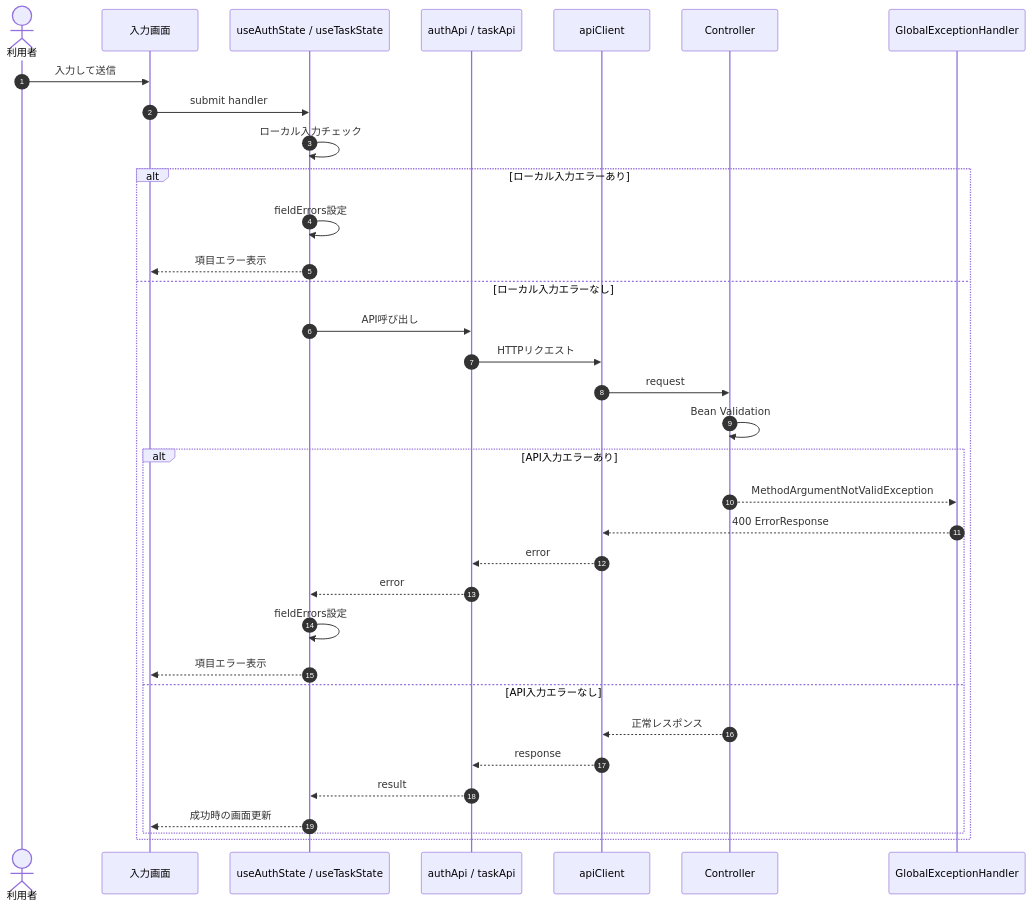
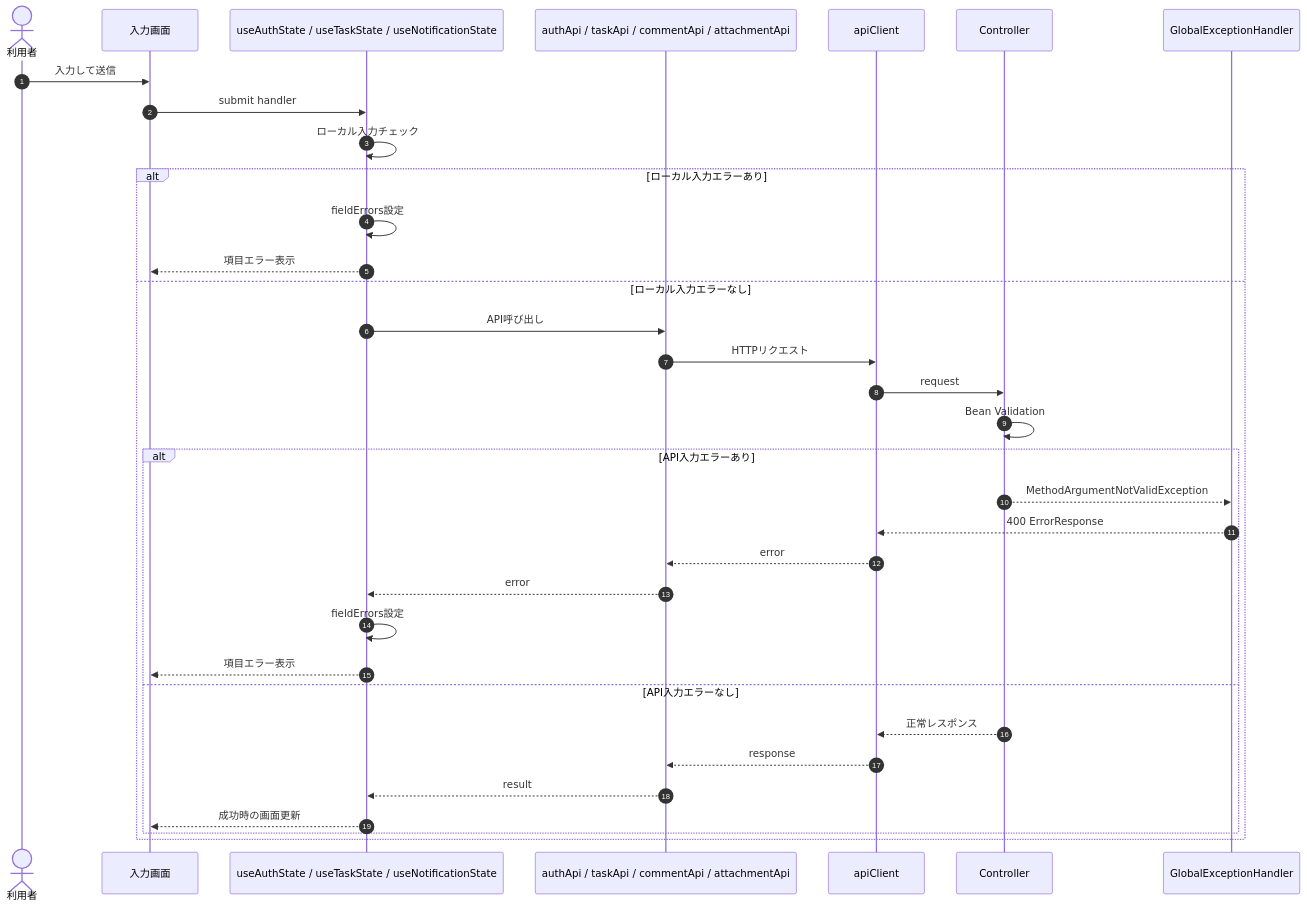
One commit to kitune-udon/task-manager-app changed diagram 21 of 21 in docs/01_設計/09_シーケンス図設計書.md. Above: the diagram before and after it, drawn with Mermaid. The commit also changed other lines of this file and 10 other files, not shown here.

````diff
--- a/docs/01_設計/09_シーケンス図設計書.md
+++ b/docs/01_設計/09_シーケンス図設計書.md
@@ -703,37 +1352,37 @@
 ```mermaid
 sequenceDiagram
     autonumber
     actor User as 利用者
     participant Screen as 入力画面
-    participant State as useAuthState / useTaskState
-    participant Api as authApi / taskApi
+    participant State as useAuthState / useTaskState / useNotificationState
+    participant Api as authApi / taskApi / commentApi / attachmentApi
     participant ApiClient as apiClient
     participant Controller as Controller
     participant ExceptionHandler as GlobalExceptionHandler
 
     User->>Screen: 入力して送信
     Screen->>State: submit handler
     State->>State: ローカル入力チェック
     alt ローカル入力エラーあり
         State->>State: fieldErrors設定
         State-->>Screen: 項目エラー表示
     else ローカル入力エラーなし
         State->>Api: API呼び出し
         Api->>ApiClient: HTTPリクエスト
         ApiClient->>Controller: request
         Controller->>Controller: Bean Validation
         alt API入力エラーあり
             Controller-->>ExceptionHandler: MethodArgumentNotValidException
             ExceptionHandler-->>ApiClient: 400 ErrorResponse
             ApiClient-->>Api: error
             Api-->>State: error
             State->>State: fieldErrors設定
             State-->>Screen: 項目エラー表示
         else API入力エラーなし
             Controller-->>ApiClient: 正常レスポンス
             ApiClient-->>Api: response
             Api-->>State: result
             State-->>Screen: 成功時の画面更新
         end
     end
 ```
````
